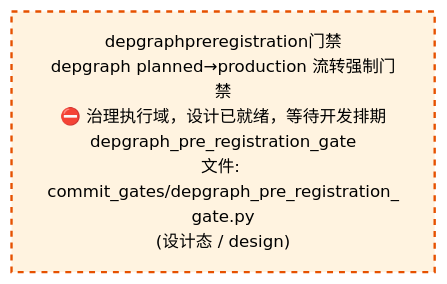
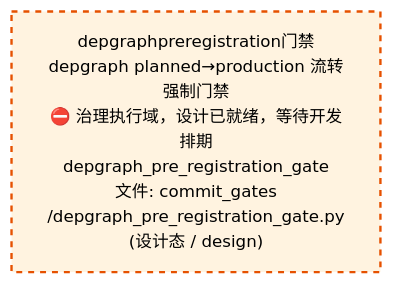
One commit to xuanFelixVan/ZephyrAlpha changed the third of 4 diagrams in docs/02_enterprise_architecture/02_domain_architecture_docs/53_d_gov_enforcement.md. Above: the diagram before and after it, drawn with Mermaid. The commit also changed other lines of this file and 59 other files, not shown here.

````diff
--- a/docs/02_enterprise_architecture/02_domain_architecture_docs/53_d_gov_enforcement.md
+++ b/docs/02_enterprise_architecture/02_domain_architecture_docs/53_d_gov_enforcement.md
@@ -342,10 +342,10 @@
 ```mermaid
 %%{init: {'theme': 'base', 'themeVariables': {'primaryColor': '#eaeaea', 'primaryTextColor': '#333333', 'primaryBorderColor': '#666666', 'lineColor': '#666666', 'secondaryColor': '#eaeaea', 'tertiaryColor': '#eaeaea', 'fontSize': '14px'}}}%%
 flowchart TD
-    src_zephyr_gov_enforcement_commit_gates_depgraph_pre_registration_gate_py["depgraphpreregistration门禁<br/>depgraph planned→production 流转强制门禁<br/>⛔ 治理执行域，设计已就绪，等待开发排期<br/>depgraph_pre_registration_gate<br/>文件: commit_gates/depgraph_pre_registration_<br/>gate.py<br/>(设计态 / design)"]
+    src_zephyr_gov_enforcement_commit_gates_depgraph_pre_registration_gate_py["depgraphpreregistration门禁<br/>depgraph planned→production 流转强制门禁<br/>⛔ 治理执行域，设计已就绪，等待开发排期<br/>depgraph_pre_registration_gate<br/>文件: commit_gates<br/>/depgraph_pre_registration_gate.py<br/>(设计态 / design)"]
     classDef production fill:#e1f5fe,stroke:#01579b,stroke-width:2px,color:#000
     classDef design fill:#fff3e0,stroke:#e65100,stroke-width:2px,color:#000,stroke-dasharray: 5 5
     classDef external_prod fill:#e8f4fd,stroke:#0277bd,stroke-width:1px,color:#000
     classDef external_design fill:#fff8e7,stroke:#ef6c00,stroke-width:1px,color:#000,stroke-dasharray: 5 5
     class src_zephyr_gov_enforcement_commit_gates_depgraph_pre_registration_gate_py design
 ```
````
